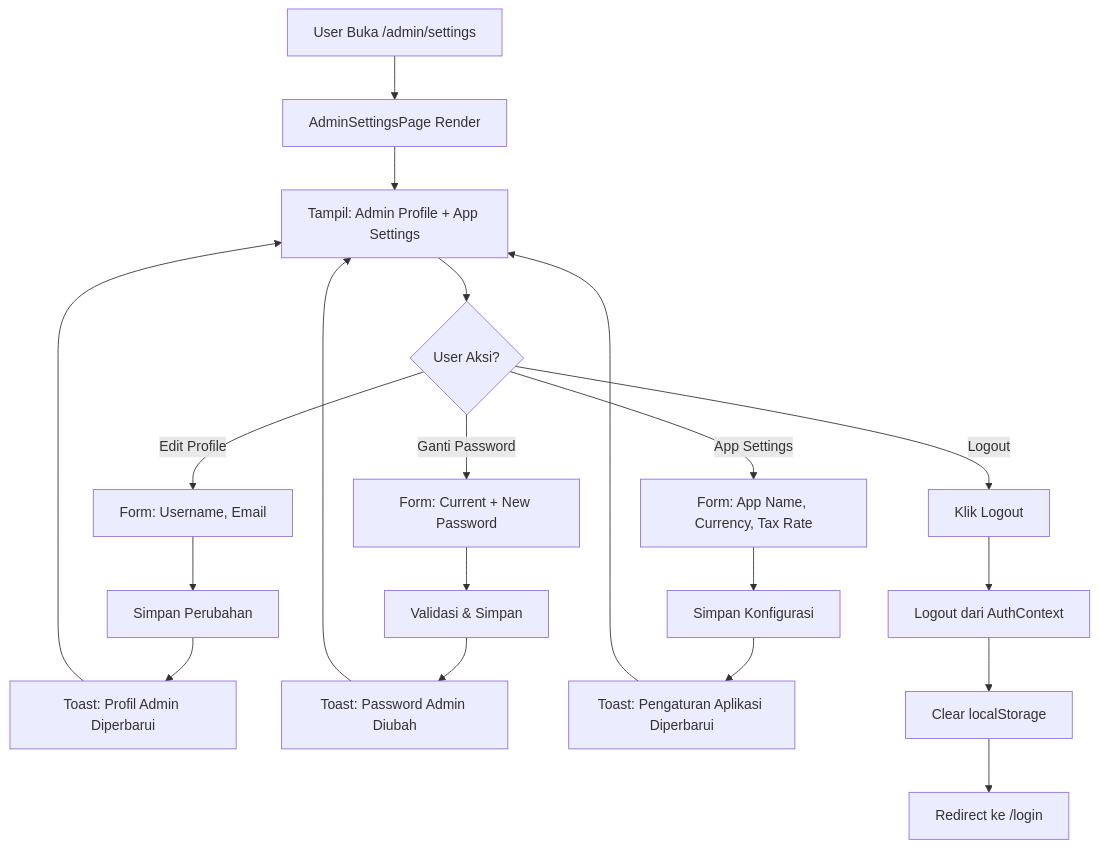
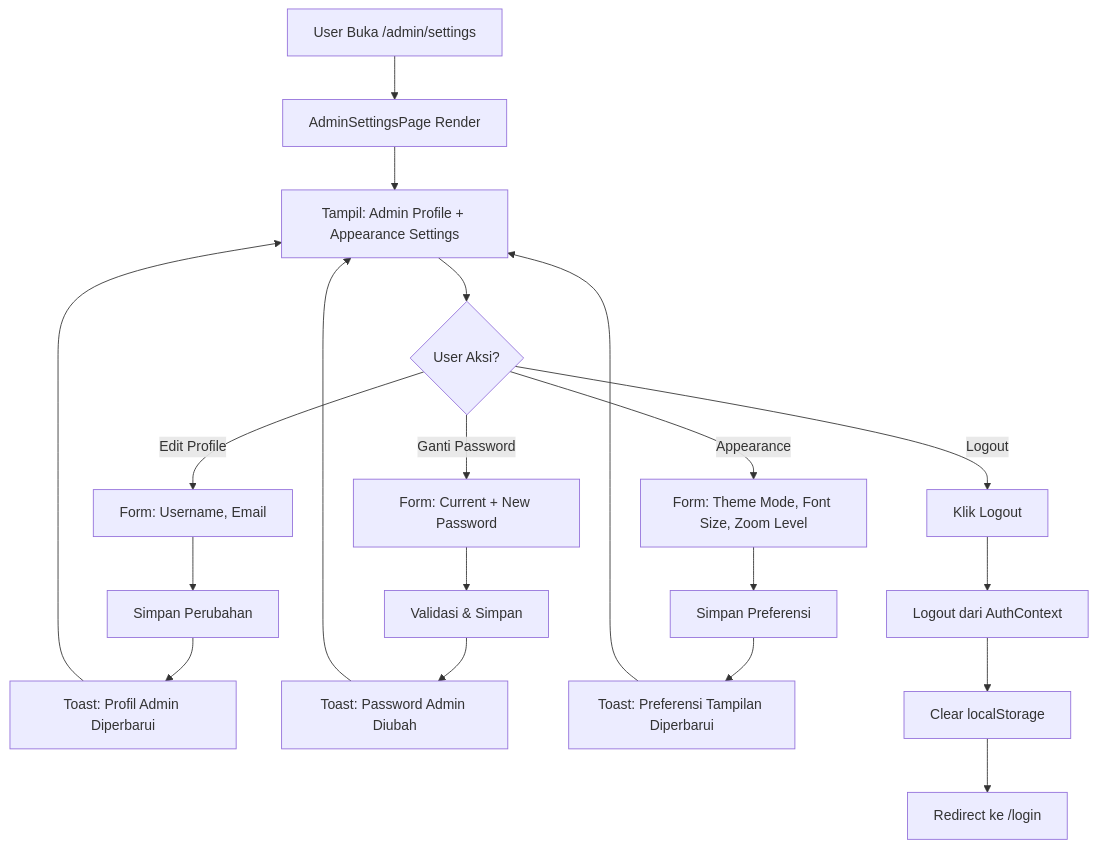
Before and after one commit to ricky-blip/pos-frontend: diagram 14 of 20 in FLOWCHART.md, drawn with Mermaid. The commit also changed other lines of this file, not shown here.

Commit message:
update flowchart

````diff
--- a/FLOWCHART.md
+++ b/FLOWCHART.md
@@ -622,27 +630,27 @@
 ```mermaid
 flowchart TD
     A[User Buka /admin/settings] --> B[AdminSettingsPage Render]
-    B --> C[Tampil: Admin Profile + App Settings]
+    B --> C[Tampil: Admin Profile + Appearance Settings]
 
     C --> D{User Aksi?}
 
     D -->|Edit Profile| E[Form: Username, Email]
     E --> F[Simpan Perubahan]
     F --> G[Toast: Profil Admin Diperbarui]
     G --> C
 
     D -->|Ganti Password| H[Form: Current + New Password]
     H --> I[Validasi & Simpan]
     I --> J[Toast: Password Admin Diubah]
     J --> C
 
-    D -->|App Settings| K[Form: App Name, Currency, Tax Rate]
-    K --> L[Simpan Konfigurasi]
-    L --> M[Toast: Pengaturan Aplikasi Diperbarui]
+    D -->|Appearance| K[Form: Theme Mode, Font Size, Zoom Level]
+    K --> L[Simpan Preferensi]
+    L --> M[Toast: Preferensi Tampilan Diperbarui]
     M --> C
 
     D -->|Logout| N[Klik Logout]
     N --> O[Logout dari AuthContext]
     O --> P[Clear localStorage]
     P --> Q[Redirect ke /login]
 ```
````
